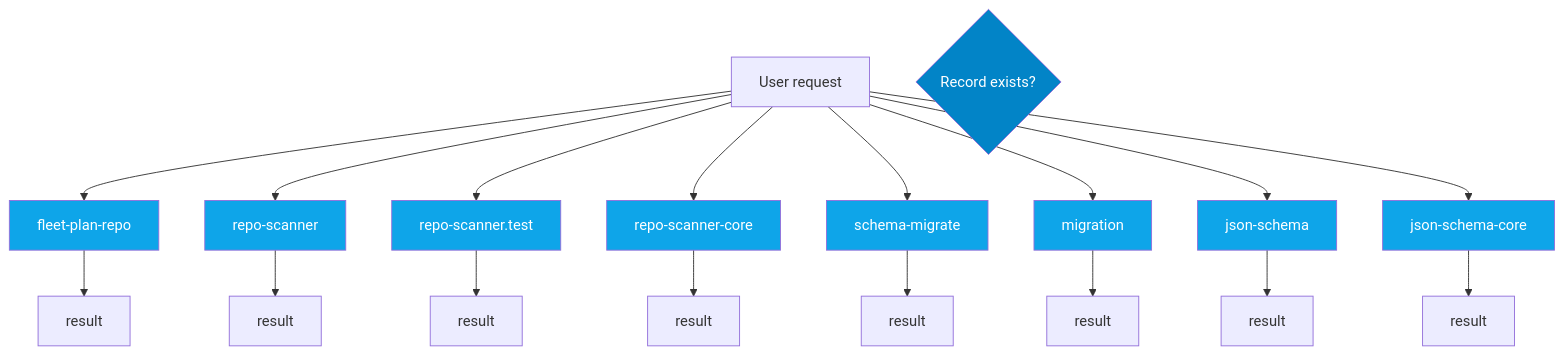
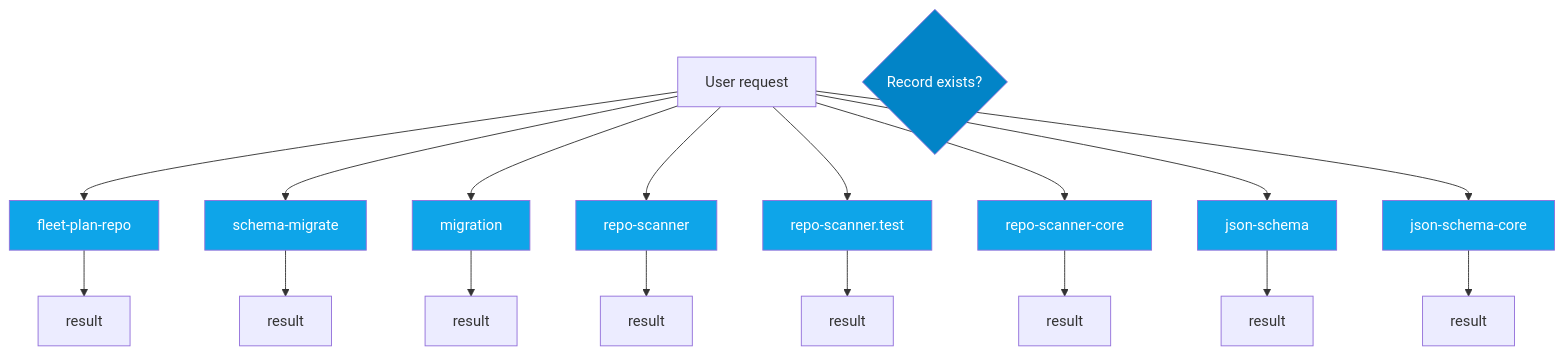
The sixth of 14 diagrams in AI/context/diagram-context.md (jscraik/coding-harness), drawn with Mermaid before and after one commit. The commit also changed other lines of this file and 38 other files, not shown here.

````diff
--- a/AI/context/diagram-context.md
+++ b/AI/context/diagram-context.md
@@ -433,34 +442,34 @@
 ```mermaid
 flowchart TD
   UserRequest["User request"]
   Decision{Record exists?}
   fleet_plan_repo_ecdc6499["fleet-plan-repo"]
   UserRequest --> fleet_plan_repo_ecdc6499
   fleet_plan_repo_ecdc6499 --> fleet_plan_repo_ecdc6499_result["result"]
+  schema_migrate_c0646635["schema-migrate"]
+  UserRequest --> schema_migrate_c0646635
+  schema_migrate_c0646635 --> schema_migrate_c0646635_result["result"]
+  migration_8a6cead4["migration"]
+  UserRequest --> migration_8a6cead4
+  migration_8a6cead4 --> migration_8a6cead4_result["result"]
   repo_scanner_a8b2579e["repo-scanner"]
   UserRequest --> repo_scanner_a8b2579e
   repo_scanner_a8b2579e --> repo_scanner_a8b2579e_result["result"]
   repo_scanner_test_cb7e9d00["repo-scanner.test"]
   UserRequest --> repo_scanner_test_cb7e9d00
   repo_scanner_test_cb7e9d00 --> repo_scanner_test_cb7e9d00_result["result"]
   repo_scanner_core_8e9f7646["repo-scanner-core"]
   UserRequest --> repo_scanner_core_8e9f7646
   repo_scanner_core_8e9f7646 --> repo_scanner_core_8e9f7646_result["result"]
-  schema_migrate_c0646635["schema-migrate"]
-  UserRequest --> schema_migrate_c0646635
-  schema_migrate_c0646635 --> schema_migrate_c0646635_result["result"]
-  migration_8a6cead4["migration"]
-  UserRequest --> migration_8a6cead4
-  migration_8a6cead4 --> migration_8a6cead4_result["result"]
   json_schema_74a768d7["json-schema"]
   UserRequest --> json_schema_74a768d7
   json_schema_74a768d7 --> json_schema_74a768d7_result["result"]
   json_schema_core_96d7e328["json-schema-core"]
   UserRequest --> json_schema_core_96d7e328
   json_schema_core_96d7e328 --> json_schema_core_96d7e328_result["result"]
   classDef dbNode fill:#0ea5e9,color:#fff
-  class fleet_plan_repo_ecdc6499,repo_scanner_a8b2579e,repo_scanner_test_cb7e9d00,repo_scanner_core_8e9f7646,schema_migrate_c0646635,migration_8a6cead4,json_schema_74a768d7,json_schema_core_96d7e328 dbNode
+  class fleet_plan_repo_ecdc6499,schema_migrate_c0646635,migration_8a6cead4,repo_scanner_a8b2579e,repo_scanner_test_cb7e9d00,repo_scanner_core_8e9f7646,json_schema_74a768d7,json_schema_core_96d7e328 dbNode
   classDef decisionNode fill:#0284c7,color:#fff
   class Decision decisionNode
 
 ```
````
